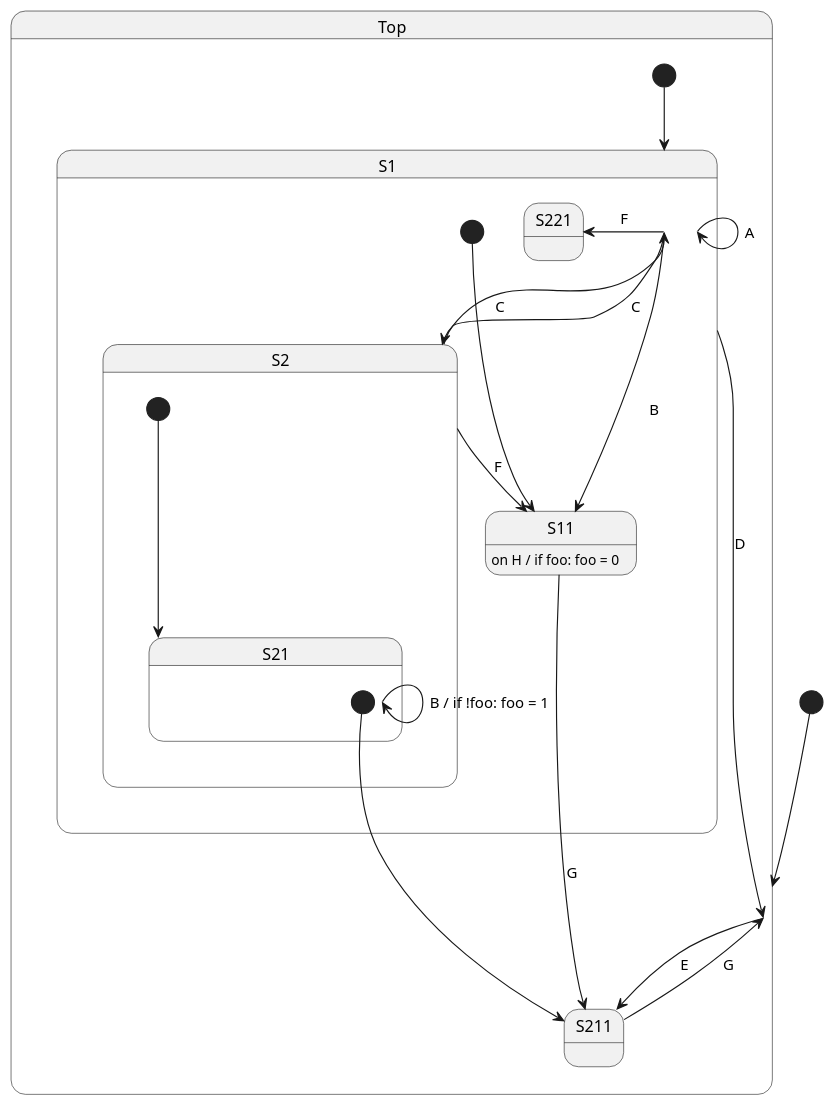
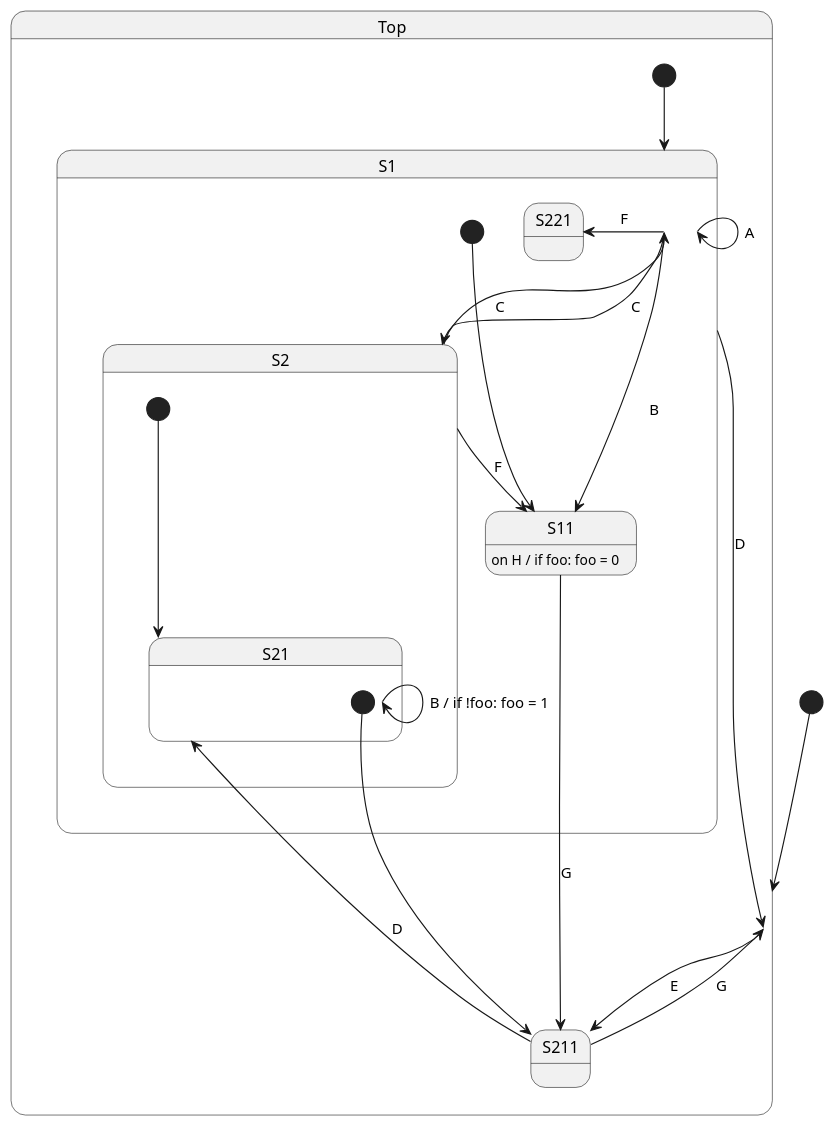
The diagram in src/chsm/readme.md (arecarn/cpp-sandbox), drawn with PlantUML before and after one commit.

Commit message:
chsm: readme: Add missing transition to diagram

````diff
--- a/src/chsm/readme.md
+++ b/src/chsm/readme.md
@@ -7,34 +7,35 @@
 ```plantuml
 [*] --> Top
 state Top {
     Top -> S211: E
     [*] --> S1
 
     state S1 {
         S1 --> S1: A
         S1 --> S11: B
         S1 --> S2: C
         S1 --> Top: D
         S1 --> S221: F
 
         [*] ---> S11
         state S11 {
             S11: on H / if foo: foo = 0
             S11 --> S211: G
         }
     }
 
     state S2 {
         [*] ---> S21
         S2 --> S1: C
         S2 --> S11: F
         state S21 {
             [*] ---> S211
             S21 -> S21: B / if !foo: foo = 1
             state S211 {
                 S211 -u-> Top: G
+                S211 -u-> S21: D
             }
         }
     }
 }
 ```
````
